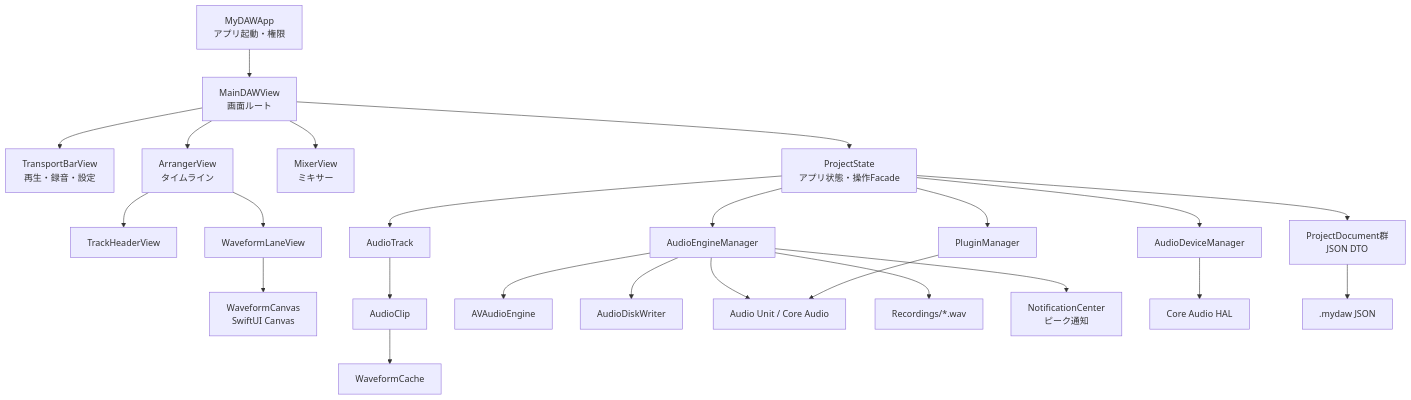
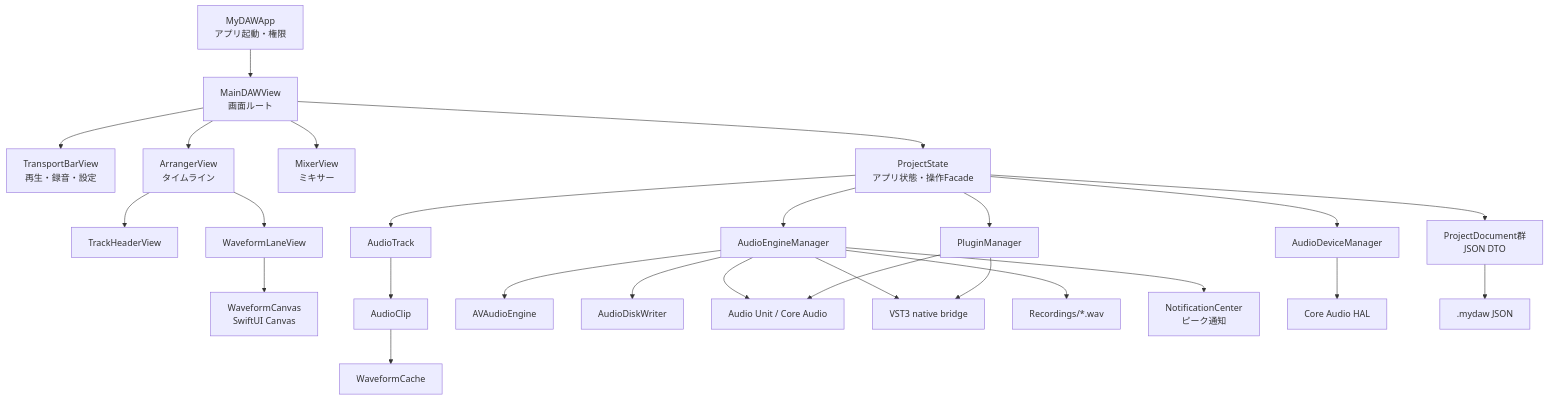
The diagram in docs/SOURCE_SPECIFICATION.md (ToshiSoftware/MyDAW), drawn with Mermaid before and after one commit. The commit also changed other lines of this file and 22 other files, not shown here.

````diff
--- a/docs/SOURCE_SPECIFICATION.md
+++ b/docs/SOURCE_SPECIFICATION.md
@@ -7,28 +7,30 @@
 ```mermaid
 flowchart TD
     App[MyDAWApp\nアプリ起動・権限] --> Main[MainDAWView\n画面ルート]
     Main --> Transport[TransportBarView\n再生・録音・設定]
     Main --> Arranger[ArrangerView\nタイムライン]
     Main --> Mixer[MixerView\nミキサー]
     Arranger --> Header[TrackHeaderView]
     Arranger --> Lane[WaveformLaneView]
     Lane --> Canvas[WaveformCanvas\nSwiftUI Canvas]
 
     Main --> State[ProjectState\nアプリ状態・操作Facade]
     State --> Track[AudioTrack]
     Track --> Clip[AudioClip]
     Clip --> Cache[WaveformCache]
     State --> Document[ProjectDocument群\nJSON DTO]
     State --> Engine[AudioEngineManager]
     State --> Device[AudioDeviceManager]
     State --> Plugin[PluginManager]
 
     Engine --> AV[AVAudioEngine]
     Engine --> Writer[AudioDiskWriter]
     Engine --> AU[Audio Unit / Core Audio]
+    Engine --> VST3[VST3 native bridge]
     Engine --> Files[Recordings/*.wav]
     Engine --> Meter[NotificationCenter\nピーク通知]
     Device --> HAL[Core Audio HAL]
     Plugin --> AU
+    Plugin --> VST3
     Document --> ProjectFile[.mydaw JSON]
 ```
````
